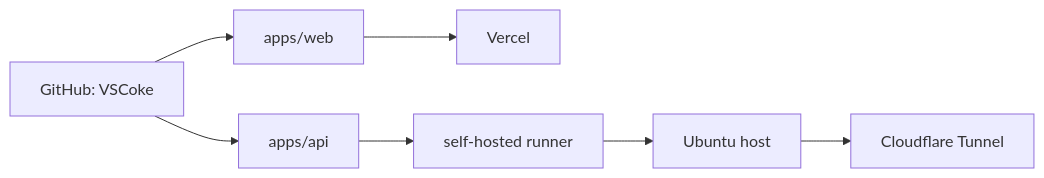
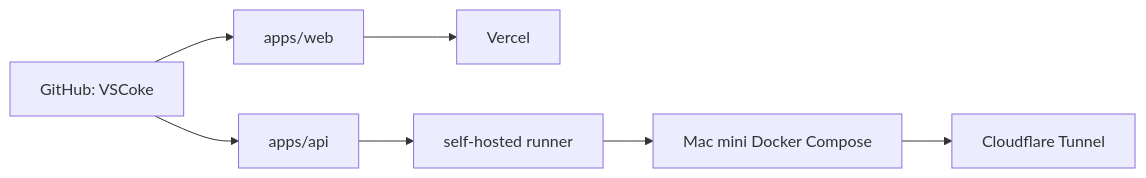
The diagram in docs/vscoke-monorepo-concept.md (icecokel/VSCoke), drawn with Mermaid before and after one commit. The commit also changed other lines of this file and 18 other files, not shown here.

````diff
--- a/docs/vscoke-monorepo-concept.md
+++ b/docs/vscoke-monorepo-concept.md
@@ -94,13 +94,13 @@
 ```mermaid
 flowchart LR
   Repo["GitHub: VSCoke"]
   Web["apps/web"]
   Api["apps/api"]
   Vercel["Vercel"]
   Runner["self-hosted runner"]
-  Host["Ubuntu host"]
+  Host["Mac mini Docker Compose"]
   Tunnel["Cloudflare Tunnel"]
 
   Repo --> Web --> Vercel
   Repo --> Api --> Runner --> Host --> Tunnel
 ```
````
